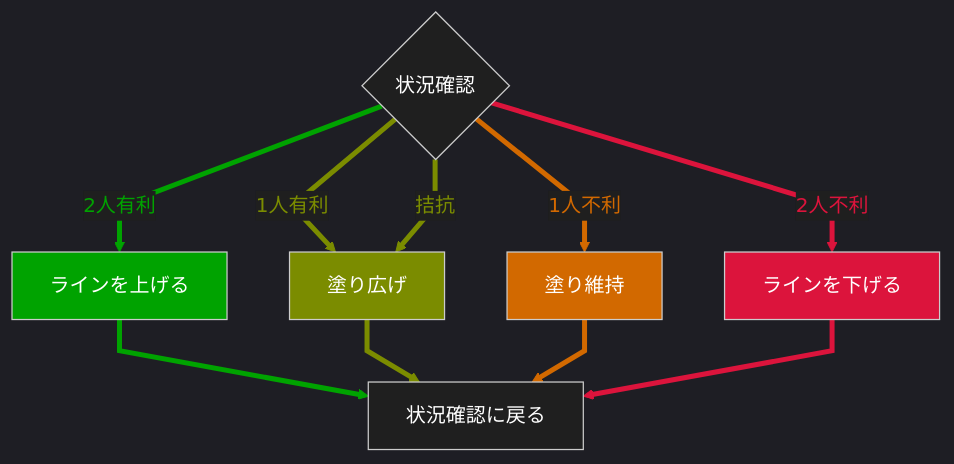
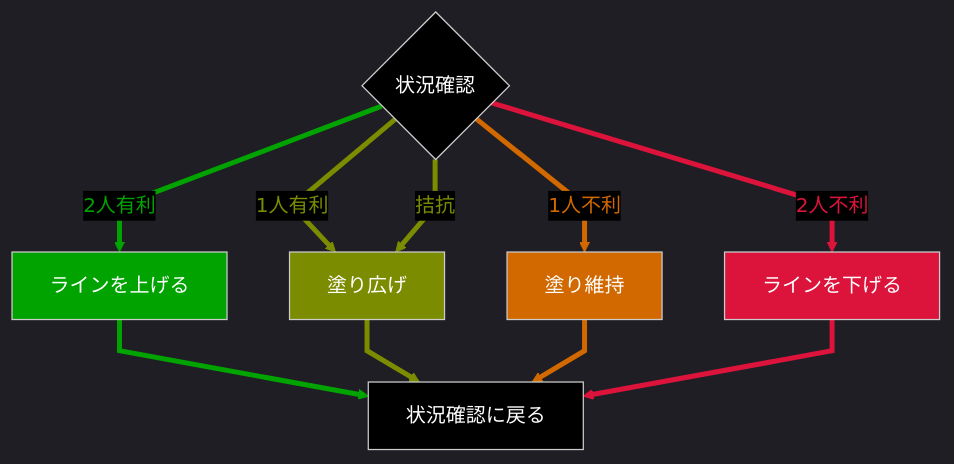
The diagram in splatoon3/memo-HeavySplatling.md (kotaoue/gamemo), drawn with Mermaid before and after one commit.

Commit message:
docs: 色を微調整

````diff
--- a/splatoon3/memo-HeavySplatling.md
+++ b/splatoon3/memo-HeavySplatling.md
@@ -29,49 +29,49 @@
 ```mermaid
-%%{ init: { 
-  'theme':'dark', 
-  'themeVariables': { 
-    'canvasBackground': '#1f1f1f',
-    'edgeLabelBackground':'#1f1f1f'
-  },
-  'flowchart': { 'curve': 'linear' } 
-  } 
+%%{ 
+  init: { 
+    'theme': 'dark',
+    'themeVariables': { 
+      'edgeLabelBackground':'#000000'
+    },
+    'flowchart': { 'curve': 'linear' } 
+  }
 }%%
 
 graph TB
   if_weigh_pros_cons{状況確認}
   if_weigh_pros_cons--2人有利-->action_push
   if_weigh_pros_cons--1人有利-->action_paint
   if_weigh_pros_cons--拮抗-->action_paint
   if_weigh_pros_cons--1人不利-->action_stay
   if_weigh_pros_cons--2人不利-->action_pull
   action_push[ラインを上げる]-->action_return
   action_paint[塗り広げ]-->action_return
   action_stay[塗り維持]-->action_return
   action_pull[ラインを下げる]-->action_return
   action_return[状況確認に戻る]
 
   %% 開始終了
-  style if_weigh_pros_cons color:#ffffff,fill:#1f1f1f
-  style action_return color:#ffffff,fill:#1f1f1f
+  style if_weigh_pros_cons color:#ffffff,fill:#000000
+  style action_return color:#ffffff,fill:#000000
 
   %% 2人有利
   style action_push color:#ffffff,fill:#00a300
   linkStyle 0 stroke-width:4px,stroke:#00a300,color:#00a300
   linkStyle 5 stroke-width:4px,stroke:#00a300
 
   %% 1人有利
   style action_paint color:#ffffff,fill:#7b8c00
   linkStyle 1 stroke-width:4px,stroke:#7b8c00,color:#7b8c00
   linkStyle 2 stroke-width:4px,stroke:#7b8c00,color:#7b8c00
   linkStyle 6 stroke-width:4px,stroke:#7b8c00
 
   %% 1人不利
   style action_stay color:#ffffff,fill:#d26900
   linkStyle 3 stroke-width:4px,stroke:#d26900,color:#d26900
   linkStyle 7 stroke-width:4px,stroke:#d26900
 
   %% 2人不利
   style action_pull color:#ffffff,fill:#dc143c
   linkStyle 4 stroke-width:4px,stroke:#dc143c,color:#dc143c
   linkStyle 8 stroke-width:4px,stroke:#dc143c
 ```
````
